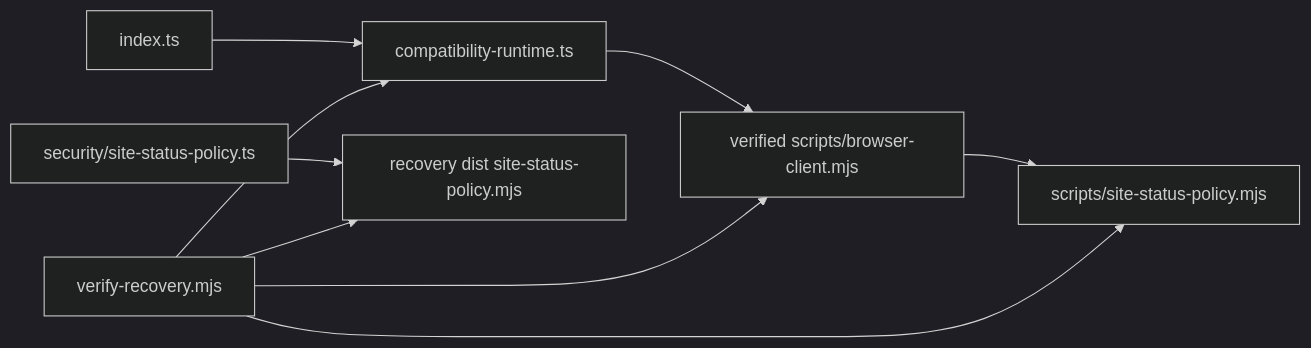
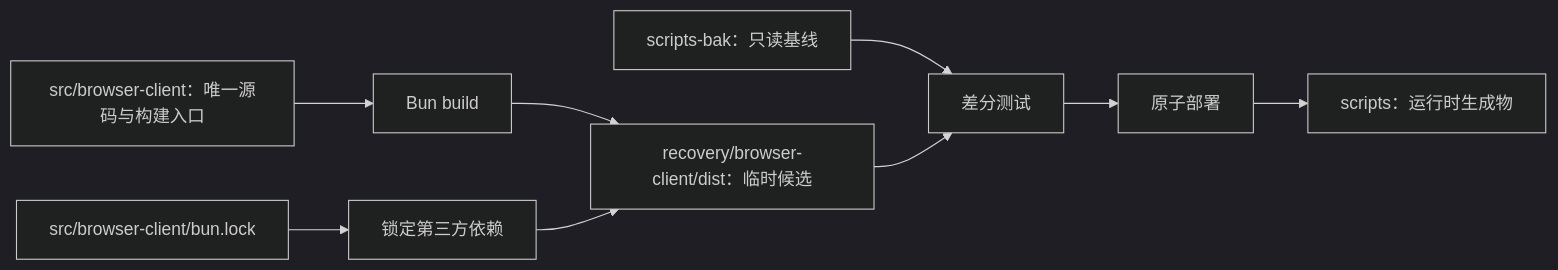
Before and after one commit to glide-the/boss-agent-work: the diagram in docs/browser-client-module-inventory.md, drawn with Mermaid (dark theme). The commit also changed other lines of this file and 444 other files, not shown here.

Commit message:
reconstruct browser client sources with Bun

````diff
--- a/docs/browser-client-module-inventory.md
+++ b/docs/browser-client-module-inventory.md
@@ -66,11 +56,11 @@
 ```mermaid
 flowchart LR
-    Entry["index.ts"] --> Compat["compatibility-runtime.ts"]
-    Compat --> Baseline["verified scripts/browser-client.mjs"]
-    Baseline --> PolicyMjs["scripts/site-status-policy.mjs"]
-    PolicyTs["security/site-status-policy.ts"] --> CandidatePolicy["recovery dist site-status-policy.mjs"]
-    Verify["verify-recovery.mjs"] --> Baseline
-    Verify --> Compat
-    Verify --> PolicyMjs
-    Verify --> CandidatePolicy
+    Source["src/browser-client：唯一源码与构建入口"] --> Builder["Bun build"]
+    Builder --> Stage["recovery/browser-client/dist：临时候选"]
+    Baseline["scripts-bak：只读基线"] --> Diff["差分测试"]
+    Stage --> Diff
+    Diff --> Deploy["原子部署"]
+    Deploy --> Scripts["scripts：运行时生成物"]
+    Lock["src/browser-client/bun.lock"] --> Vendor["锁定第三方依赖"]
+    Vendor --> Stage
 ```
````
